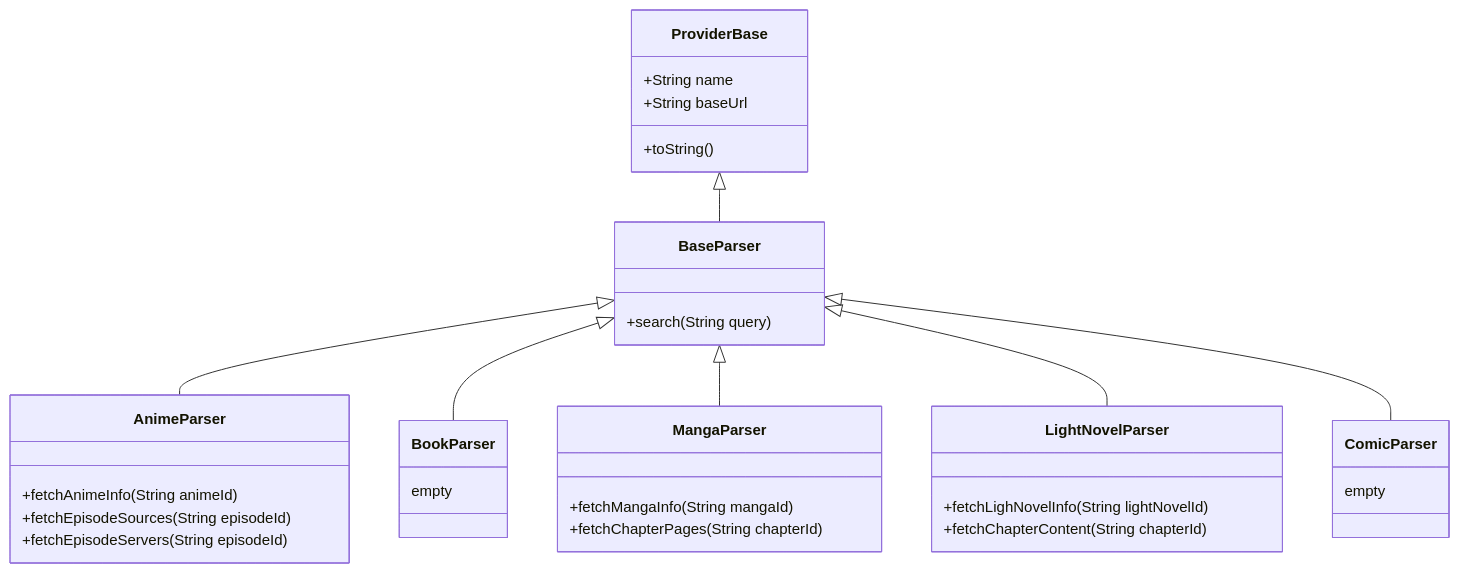
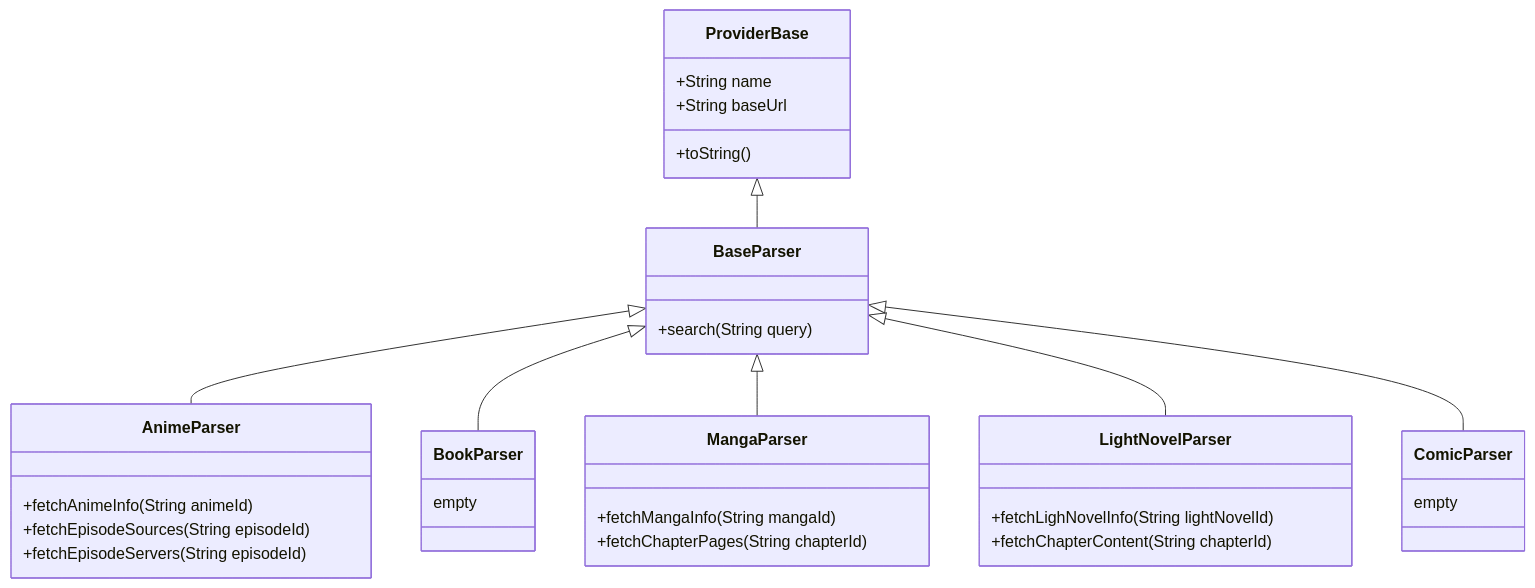
One commit to consumet/consumet.org changed the diagram in content/en/docs/contributing/how-to-contribute.md. Above: the diagram before and after it, drawn with Mermaid. The commit also changed other lines of this file and 27 other files, not shown here.

````diff
--- a/content/en/docs/contributing/how-to-contribute.md
+++ b/content/en/docs/contributing/how-to-contribute.md
@@ -46,35 +49,34 @@
 ```mermaid
-%%{init: {'themeVariables': { 'fontSize': '15px'}}}%%
 classDiagram
       ProviderBase <|-- BaseParser
       ProviderBase : +String name
       ProviderBase : +String baseUrl
       ProviderBase: +toString()
       BaseParser <|-- AnimeParser
       BaseParser <|-- BookParser
       BaseParser <|-- MangaParser
       BaseParser <|-- LightNovelParser
       BaseParser <|-- ComicParser
       class BaseParser{
          +search(String query)
       }
       class AnimeParser{
          +fetchAnimeInfo(String animeId)
          +fetchEpisodeSources(String episodeId)
          +fetchEpisodeServers(String episodeId)
       }
       class BookParser{
          empty
       }
       class MangaParser{
          +fetchMangaInfo(String mangaId)
          +fetchChapterPages(String chapterId)
       }
       class ComicParser{
          empty
       }
       class LightNovelParser{
          +fetchLighNovelInfo(String lightNovelId)
          +fetchChapterContent(String chapterId)
       }
 ```
````
